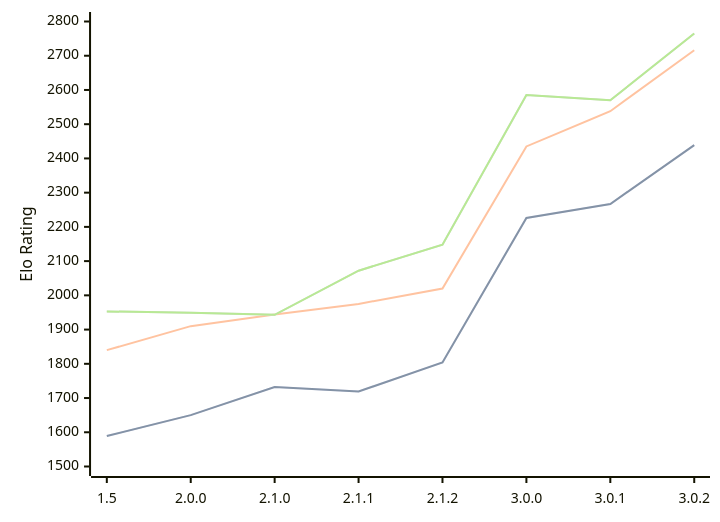
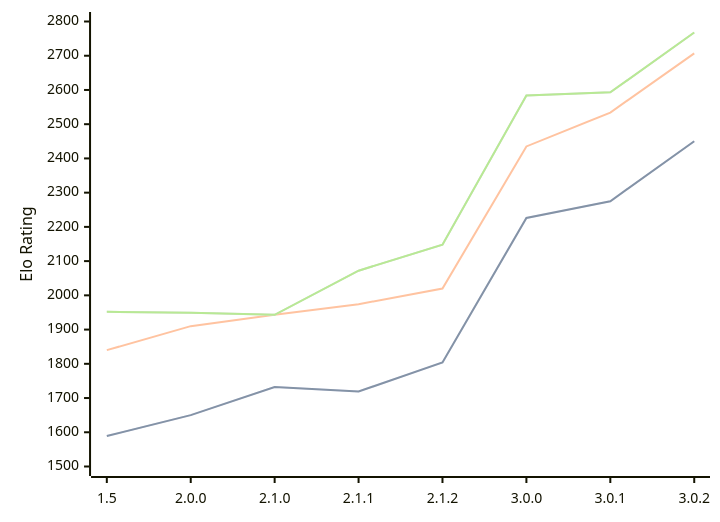
The third of 3 diagrams in engines/Rudim.md (computer-chess-index/cci), drawn with Mermaid before and after one commit. The commit also changed other lines of this file, not shown here.

Commit message:
Update CCI Ratings (ELO VLTC) - 2026-06-19

````diff
--- a/engines/Rudim.md
+++ b/engines/Rudim.md
@@ -80,11 +82,11 @@
 ```mermaid
 %%{init: {"theme":"base","themeVariables":{"seriesColors:['#a3a3a3','#222221','#faa371']}}}%%
 xychart-beta
   x-axis ["1.5", "2.0.0", "2.1.0", "2.1.1", "2.1.2", "3.0.0", "3.0.1", "3.0.2"]
   y-axis "Elo Rating" 1500 --> 2800
-  line "STC (8.0+0.08s)" [1589, 1650, 1732, 1719, 1804, 2226, 2267, 2439]
-  line "STC (8.0+0.08s)" [1589, 1650, 1732, 1719, 1804, 2226, 2267, 2439]
-  line "LTC (60.0+0.60s)" [1840, 1910, 1944, 1975, 2020, 2435, 2538, 2716]
-  line "VLTC (2m24s+1.12s)" [1953, 1949, 1943, 2072, 2148, 2585, 2570, 2765]
-  line "VLTC (2m24s+1.12s)" [1953, 1949, 1943, 2072, 2148, 2585, 2570, 2765]
+  line "STC (8.0+0.08s)" [1589, 1650, 1732, 1719, 1804, 2226, 2275, 2450]
+  line "STC (8.0+0.08s)" [1589, 1650, 1732, 1719, 1804, 2226, 2275, 2450]
+  line "LTC (60.0+0.60s)" [1840, 1910, 1943, 1974, 2020, 2435, 2534, 2707]
+  line "VLTC (2m24s+1.12s)" [1952, 1949, 1943, 2072, 2148, 2584, 2593, 2768]
+  line "VLTC (2m24s+1.12s)" [1952, 1949, 1943, 2072, 2148, 2584, 2593, 2768]
 ```
````
